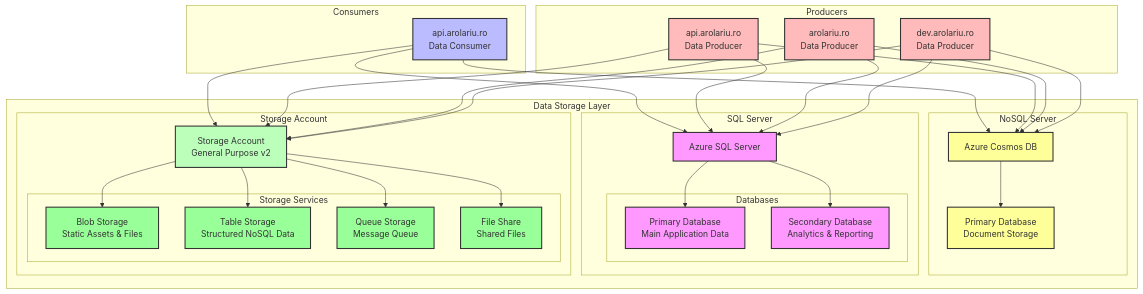
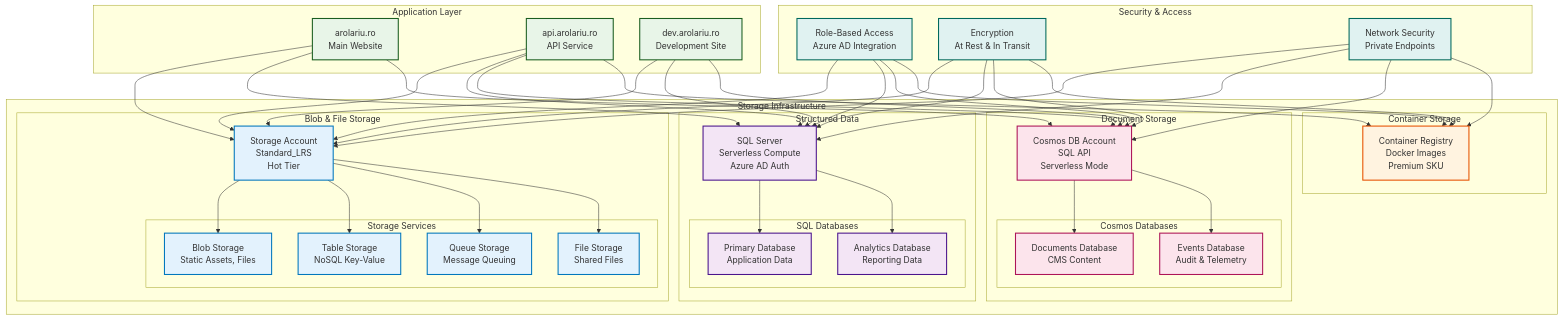
One commit to arolariu/arolariu.ro changed the diagram in infra/Azure/Bicep/storage/README.md. Above: the diagram before and after it, drawn with Mermaid. The commit also changed other lines of this file and 33 other files, not shown here.

````diff
--- a/infra/Azure/Bicep/storage/README.md
+++ b/infra/Azure/Bicep/storage/README.md
@@ -14,77 +29,102 @@
 ```mermaid
 graph TB
-    subgraph "Consumers"
-        API_CONSUMER[api.arolariu.ro<br/>Data Consumer]
+    subgraph "Application Layer"
+        WEB_MAIN[arolariu.ro<br/>Main Website]
+        WEB_API[api.arolariu.ro<br/>API Service]
+        WEB_DEV[dev.arolariu.ro<br/>Development Site]
     end
 
-    subgraph "Data Storage Layer"
-        subgraph "NoSQL Server"
-            NOSQL[Azure Cosmos DB]
-            DB_NOSQL[Primary Database<br/>Document Storage]
-        end
+    subgraph "Storage Infrastructure"
+        subgraph "Blob & File Storage"
+            SA[Storage Account<br/>Standard_LRS<br/>Hot Tier]
 
-        subgraph "SQL Server"
-            SQL[Azure SQL Server]
-            subgraph "Databases"
-                DB_PRIMARY[Primary Database<br/>Main Application Data]
-                DB_SECONDARY[Secondary Database<br/>Analytics & Reporting]
+            subgraph "Storage Services"
+                BLOB[Blob Storage<br/>Static Assets, Files]
+                TABLE[Table Storage<br/>NoSQL Key-Value]
+                QUEUE[Queue Storage<br/>Message Queuing]
+                FILE[File Storage<br/>Shared Files]
             end
         end
 
-        subgraph "Storage Account"
-            SA[Storage Account<br/>General Purpose v2]
-            subgraph "Storage Services"
-                BLOB[Blob Storage<br/>Static Assets & Files]
-                TABLE[Table Storage<br/>Structured NoSQL Data]
-                QUEUE[Queue Storage<br/>Message Queue]
-                FILE[File Share<br/>Shared Files]
+        subgraph "Container Storage"
+            ACR[Container Registry<br/>Docker Images<br/>Premium SKU]
+        end
+
+        subgraph "Structured Data"
+            SQL_SERVER[SQL Server<br/>Serverless Compute<br/>Azure AD Auth]
+
+            subgraph "SQL Databases"
+                DB_MAIN[Primary Database<br/>Application Data]
+                DB_ANALYTICS[Analytics Database<br/>Reporting Data]
+            end
+        end
+
+        subgraph "Document Storage"
+            COSMOS_ACCOUNT[Cosmos DB Account<br/>SQL API<br/>Serverless Mode]
+
+            subgraph "Cosmos Databases"
+                DB_DOCUMENTS[Documents Database<br/>CMS Content]
+                DB_EVENTS[Events Database<br/>Audit & Telemetry]
             end
         end
     end
 
-    subgraph "Producers"
-        API_PRODUCER[api.arolariu.ro<br/>Data Producer]
-        WA_PROD[arolariu.ro<br/>Data Producer]
-        WA_DEV[dev.arolariu.ro<br/>Data Producer]
+    subgraph "Security & Access"
+        RBAC[Role-Based Access<br/>Azure AD Integration]
+        ENCRYPTION[Encryption<br/>At Rest & In Transit]
+        NETWORK[Network Security<br/>Private Endpoints]
     end
 
-    API_CONSUMER --> NOSQL
-    API_CONSUMER --> SQL
-    API_CONSUMER --> SA
-    
-    NOSQL --> DB_NOSQL
-    
-    SQL --> DB_PRIMARY
-    SQL --> DB_SECONDARY
-    
+    WEB_MAIN --> SA
+    WEB_MAIN --> SQL_SERVER
+    WEB_MAIN --> COSMOS_ACCOUNT
+
+    WEB_API --> SA
+    WEB_API --> SQL_SERVER
+    WEB_API --> COSMOS_ACCOUNT
+    WEB_API --> ACR
+
+    WEB_DEV --> SA
+    WEB_DEV --> SQL_SERVER
+    WEB_DEV --> COSMOS_ACCOUNT
+
     SA --> BLOB
     SA --> TABLE
     SA --> QUEUE
     SA --> FILE
-    
-    API_PRODUCER --> NOSQL
-    API_PRODUCER --> SQL
-    API_PRODUCER --> SA
-    
-    WA_PROD --> NOSQL
-    WA_PROD --> SQL
-    WA_PROD --> SA
-    
-    WA_DEV --> NOSQL
-    WA_DEV --> SQL
-    WA_DEV --> SA
 
-    classDef consumer fill:#bbf,stroke:#333,stroke-width:2px
-    classDef nosql fill:#ff9,stroke:#333,stroke-width:2px
-    classDef sql fill:#f9f,stroke:#333,stroke-width:2px
-    classDef storage fill:#bfb,stroke:#333,stroke-width:2px
-    classDef service fill:#9f9,stroke:#333,stroke-width:2px
-    classDef producer fill:#fbb,stroke:#333,stroke-width:2px
+    SQL_SERVER --> DB_MAIN
+    SQL_SERVER --> DB_ANALYTICS
 
-    class API_CONSUMER consumer
-    class NOSQL,DB_NOSQL nosql
-    class SQL,DB_PRIMARY,DB_SECONDARY sql
-    class SA storage
-    class BLOB,TABLE,QUEUE,FILE service
-    class API_PRODUCER,WA_PROD,WA_DEV producer
+    COSMOS_ACCOUNT --> DB_DOCUMENTS
+    COSMOS_ACCOUNT --> DB_EVENTS
+
+    RBAC --> SA
+    RBAC --> SQL_SERVER
+    RBAC --> COSMOS_ACCOUNT
+    RBAC --> ACR
+
+    ENCRYPTION --> SA
+    ENCRYPTION --> SQL_SERVER
+    ENCRYPTION --> COSMOS_ACCOUNT
+    ENCRYPTION --> ACR
+
+    NETWORK --> SA
+    NETWORK --> SQL_SERVER
+    NETWORK --> COSMOS_ACCOUNT
+    NETWORK --> ACR
+
+    classDef app fill:#e8f5e8,stroke:#1b5e20,stroke-width:2px
+    classDef storage fill:#e3f2fd,stroke:#0277bd,stroke-width:2px
+    classDef container fill:#fff3e0,stroke:#e65100,stroke-width:2px
+    classDef sql fill:#f3e5f5,stroke:#4a148c,stroke-width:2px
+    classDef nosql fill:#fce4ec,stroke:#ad1457,stroke-width:2px
+    classDef security fill:#e0f2f1,stroke:#00695c,stroke-width:2px
+
+    class WEB_MAIN,WEB_API,WEB_DEV app
+    class SA,BLOB,TABLE,QUEUE,FILE storage
+    class ACR container
+    class SQL_SERVER,DB_MAIN,DB_ANALYTICS sql
+    class COSMOS_ACCOUNT,DB_DOCUMENTS,DB_EVENTS nosql
+    class RBAC,ENCRYPTION,NETWORK security
 ```
````
